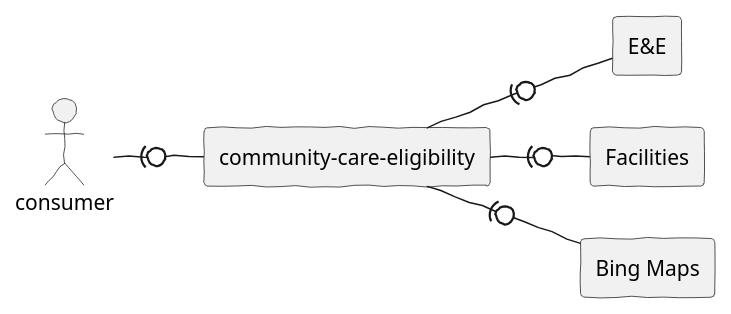
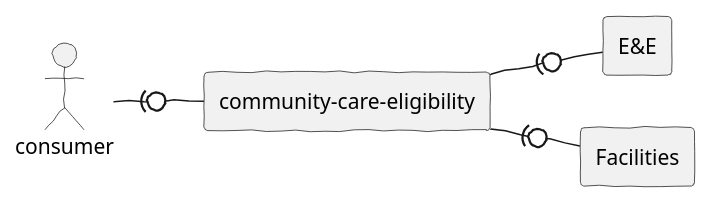
Before and after one commit to department-of-veterans-affairs/health-apis-community-care-eligibility: the diagram in src/plantuml/apps.puml, drawn with PlantUML. The commit also changed 3 other files, not shown here.

```diff
--- a/src/plantuml/apps.puml
+++ b/src/plantuml/apps.puml
@@ -1,18 +1,16 @@
 @startuml
 
 skinparam handwritten true
 skinparam monochrome true
 left to right direction
 
 actor consumer
 rectangle "community-care-eligibility" as cce
 rectangle "E&E" as ee
 rectangle "Facilities" as fac
-rectangle "Bing Maps" as bing
 
 consumer -(0- cce
 cce -(0- ee
 cce -(0- fac
-cce -(0- bing
 
 @enduml
```
